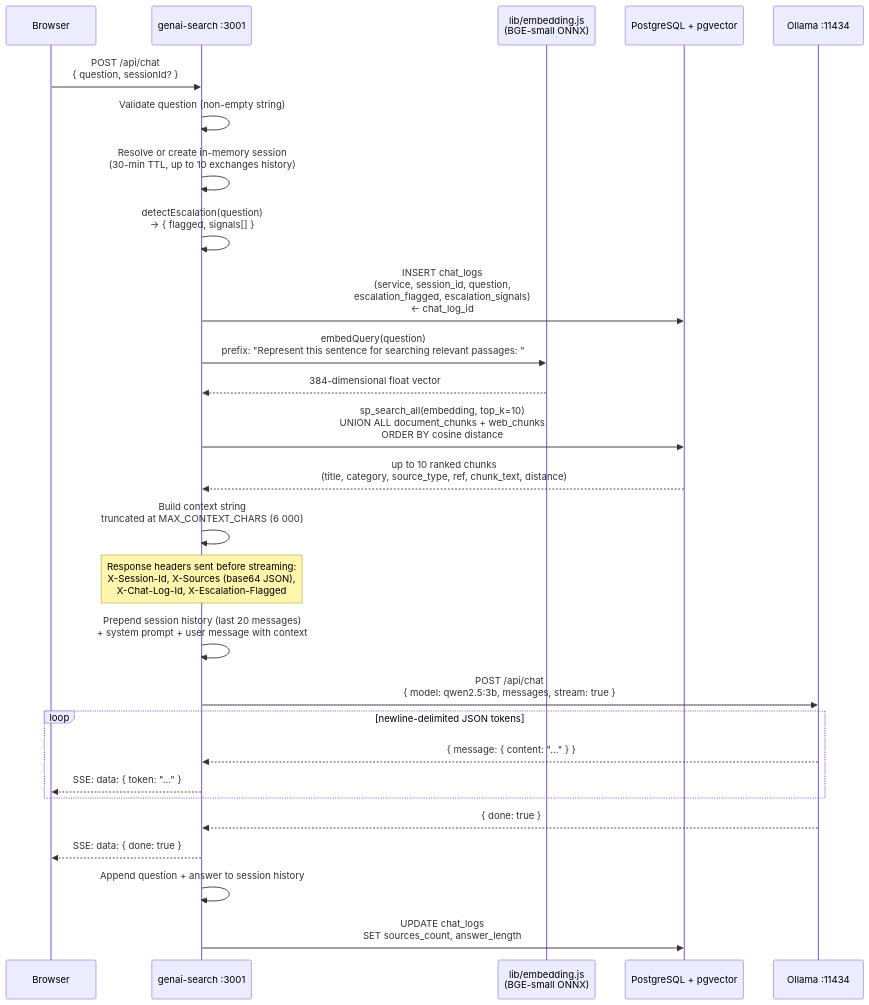
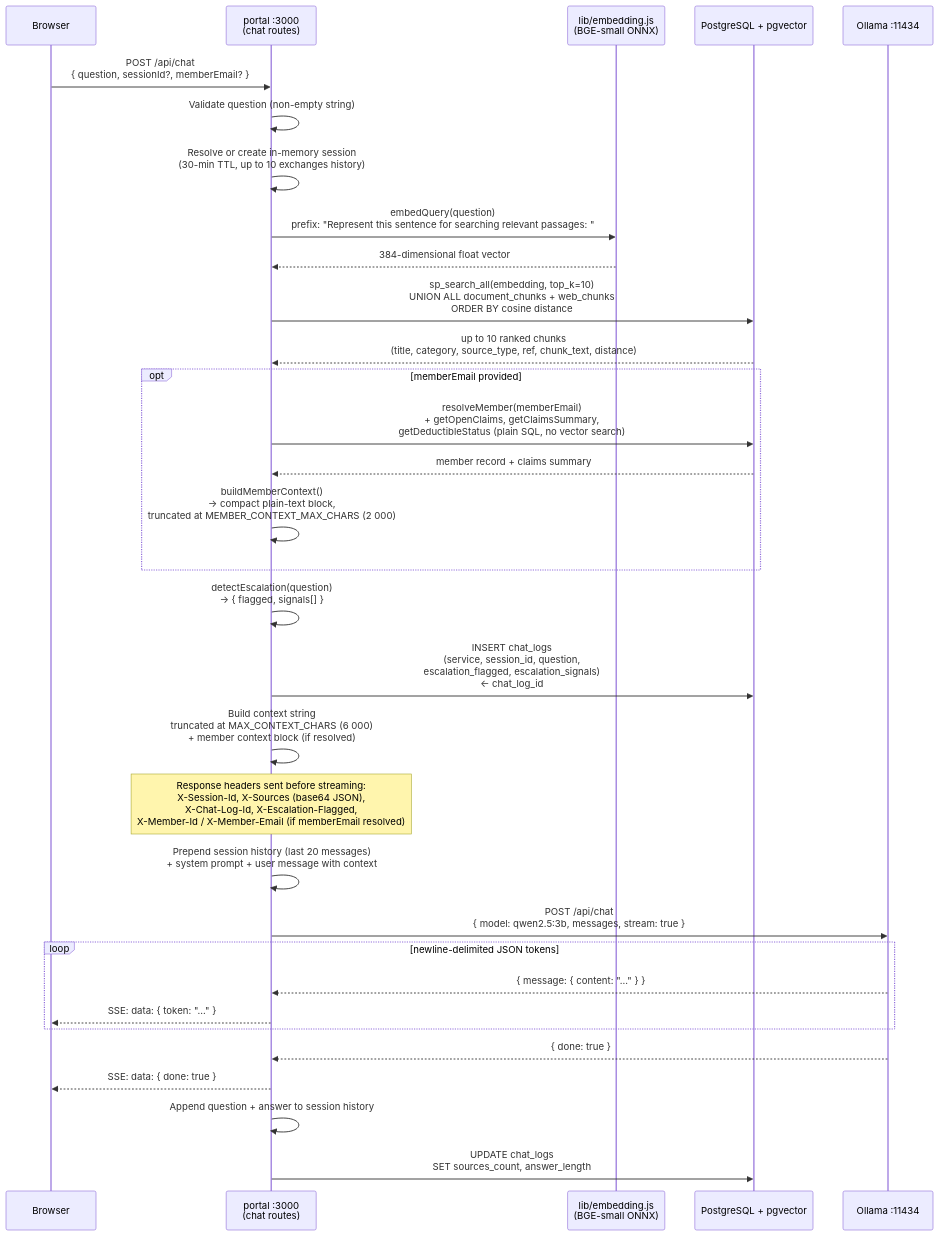
The first of 5 diagrams in docs/diagrams/rag-chat-sequence.md (sjackshaw/document-search), drawn with Mermaid before and after one commit. The commit also changed other lines of this file and 13 other files, not shown here.

````diff
--- a/docs/diagrams/rag-chat-sequence.md
+++ b/docs/diagrams/rag-chat-sequence.md
@@ -7,42 +9,48 @@
 ```mermaid
 sequenceDiagram
     participant Browser
-    participant GenAI as genai-search :3001
+    participant Portal as portal :3000<br/>(chat routes)
     participant Embedding as lib/embedding.js<br/>(BGE-small ONNX)
     participant PG as PostgreSQL + pgvector
     participant Ollama as Ollama :11434
 
-    Browser->>GenAI: POST /api/chat<br/>{ question, sessionId? }
+    Browser->>Portal: POST /api/chat<br/>{ question, sessionId?, memberEmail? }
 
-    GenAI->>GenAI: Validate question (non-empty string)
-    GenAI->>GenAI: Resolve or create in-memory session<br/>(30-min TTL, up to 10 exchanges history)
+    Portal->>Portal: Validate question (non-empty string)
+    Portal->>Portal: Resolve or create in-memory session<br/>(30-min TTL, up to 10 exchanges history)
 
-    GenAI->>GenAI: detectEscalation(question)<br/>→ { flagged, signals[] }
+    Portal->>Embedding: embedQuery(question)<br/>prefix: "Represent this sentence for searching relevant passages: "
+    Embedding-->>Portal: 384-dimensional float vector
 
-    GenAI->>PG: INSERT chat_logs<br/>(service, session_id, question,<br/>escalation_flagged, escalation_signals)<br/>← chat_log_id
+    Portal->>PG: sp_search_all(embedding, top_k=10)<br/>UNION ALL document_chunks + web_chunks<br/>ORDER BY cosine distance
+    PG-->>Portal: up to 10 ranked chunks<br/>(title, category, source_type, ref, chunk_text, distance)
 
-    GenAI->>Embedding: embedQuery(question)<br/>prefix: "Represent this sentence for searching relevant passages: "
-    Embedding-->>GenAI: 384-dimensional float vector
+    opt memberEmail provided
+        Portal->>PG: resolveMember(memberEmail)<br/>+ getOpenClaims, getClaimsSummary,<br/>getDeductibleStatus (plain SQL, no vector search)
+        PG-->>Portal: member record + claims summary
+        Portal->>Portal: buildMemberContext()<br/>→ compact plain-text block,<br/>truncated at MEMBER_CONTEXT_MAX_CHARS (2 000)
+    end
 
-    GenAI->>PG: sp_search_all(embedding, top_k=10)<br/>UNION ALL document_chunks + web_chunks<br/>ORDER BY cosine distance
-    PG-->>GenAI: up to 10 ranked chunks<br/>(title, category, source_type, ref, chunk_text, distance)
+    Portal->>Portal: detectEscalation(question)<br/>→ { flagged, signals[] }
 
-    GenAI->>GenAI: Build context string<br/>truncated at MAX_CONTEXT_CHARS (6 000)
+    Portal->>PG: INSERT chat_logs<br/>(service, session_id, question,<br/>escalation_flagged, escalation_signals)<br/>← chat_log_id
 
-    Note over GenAI: Response headers sent before streaming:<br/>X-Session-Id, X-Sources (base64 JSON),<br/>X-Chat-Log-Id, X-Escalation-Flagged
+    Portal->>Portal: Build context string<br/>truncated at MAX_CONTEXT_CHARS (6 000)<br/>+ member context block (if resolved)
 
-    GenAI->>GenAI: Prepend session history (last 20 messages)<br/>+ system prompt + user message with context
+    Note over Portal: Response headers sent before streaming:<br/>X-Session-Id, X-Sources (base64 JSON),<br/>X-Chat-Log-Id, X-Escalation-Flagged,<br/>X-Member-Id / X-Member-Email (if memberEmail resolved)
 
-    GenAI->>Ollama: POST /api/chat<br/>{ model: qwen2.5:3b, messages, stream: true }
+    Portal->>Portal: Prepend session history (last 20 messages)<br/>+ system prompt + user message with context
+
+    Portal->>Ollama: POST /api/chat<br/>{ model: qwen2.5:3b, messages, stream: true }
 
     loop newline-delimited JSON tokens
-        Ollama-->>GenAI: { message: { content: "..." } }
-        GenAI-->>Browser: SSE: data: { token: "..." }
+        Ollama-->>Portal: { message: { content: "..." } }
+        Portal-->>Browser: SSE: data: { token: "..." }
     end
 
-    Ollama-->>GenAI: { done: true }
-    GenAI-->>Browser: SSE: data: { done: true }
+    Ollama-->>Portal: { done: true }
+    Portal-->>Browser: SSE: data: { done: true }
 
-    GenAI->>GenAI: Append question + answer to session history
-    GenAI->>PG: UPDATE chat_logs<br/>SET sources_count, answer_length
+    Portal->>Portal: Append question + answer to session history
+    Portal->>PG: UPDATE chat_logs<br/>SET sources_count, answer_length
 ```
````
